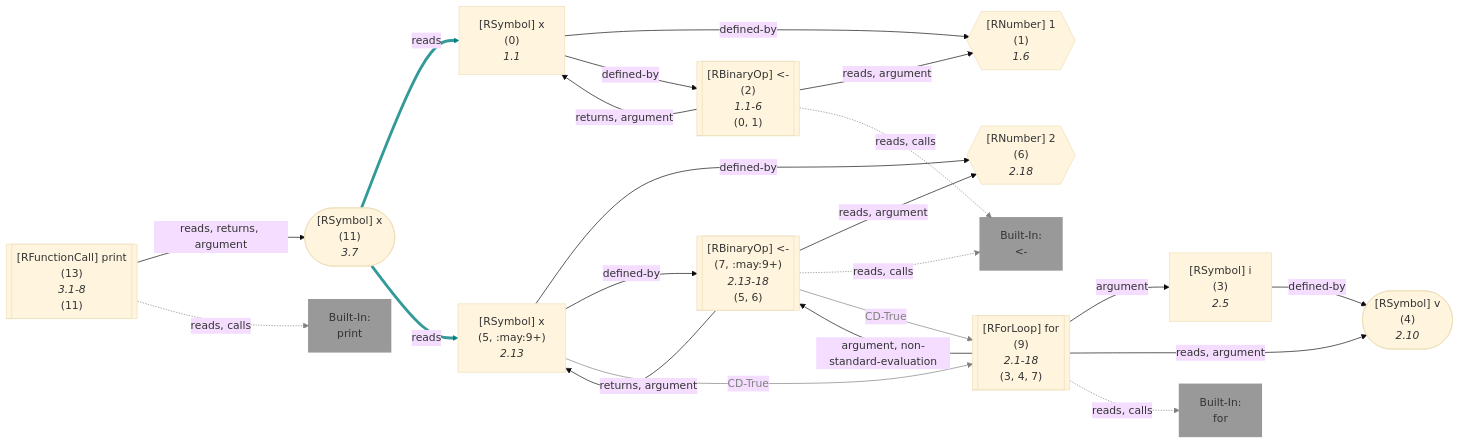
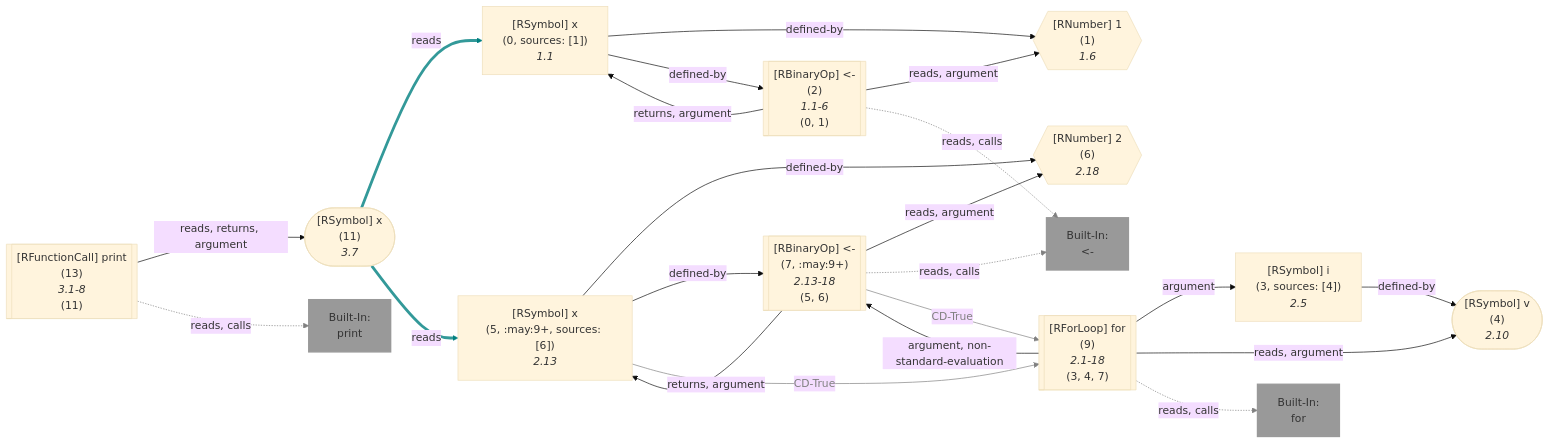
Before and after one commit to flowr-analysis/flowr: diagram 14 of 58 in wiki/Dataflow Graph.md, drawn with Mermaid (base theme). The commit also changed other lines of this file and 90 other files, not shown here.

````diff
--- a/wiki/Dataflow Graph.md
+++ b/wiki/Dataflow Graph.md
@@ -1060,81 +1061,81 @@
 ```mermaid
 flowchart LR
     1{{"`#91;RNumber#93; 1
       (1)
       *1.6*`"}}
    %% No edges found for 1
     0["`#91;RSymbol#93; x
-      (0)
+      (0, sources: [1])
       *1.1*`"]
     2[["`#91;RBinaryOp#93; #60;#45;
       (2)
       *1.1-6*
     (0, 1)`"]]
     built-in:_-["`Built-In:
 #60;#45;`"]
     style built-in:_- stroke:gray,fill:gray,stroke-width:2px,opacity:.8;
     3["`#91;RSymbol#93; i
-      (3)
+      (3, sources: [4])
       *2.5*`"]
     4(["`#91;RSymbol#93; v
       (4)
       *2.10*`"])
    %% No edges found for 4
     6{{"`#91;RNumber#93; 2
       (6)
       *2.18*`"}}
    %% No edges found for 6
     5["`#91;RSymbol#93; x
-      (5, :may:9+)
+      (5, :may:9+, sources: [6])
       *2.13*`"]
     7[["`#91;RBinaryOp#93; #60;#45;
       (7, :may:9+)
       *2.13-18*
     (5, 6)`"]]
     9[["`#91;RForLoop#93; for
       (9)
       *2.1-18*
     (3, 4, 7)`"]]
     built-in:for["`Built-In:
 for`"]
     style built-in:for stroke:gray,fill:gray,stroke-width:2px,opacity:.8;
     11(["`#91;RSymbol#93; x
       (11)
       *3.7*`"])
     13[["`#91;RFunctionCall#93; print
       (13)
       *3.1-8*
     (11)`"]]
     built-in:print["`Built-In:
 print`"]
     style built-in:print stroke:gray,fill:gray,stroke-width:2px,opacity:.8;
     0 -->|"defined-by"| 1
     0 -->|"defined-by"| 2
     2 -->|"reads, argument"| 1
     2 -->|"returns, argument"| 0
     2 -.->|"reads, calls"| built-in:_-
     linkStyle 4 stroke:gray;
     3 -->|"defined-by"| 4
     5 -->|"defined-by"| 6
     5 -->|"defined-by"| 7
     5 -->|"CD-True"| 9
     linkStyle 8 stroke:gray,color:gray;
     7 -->|"reads, argument"| 6
     7 -->|"returns, argument"| 5
     7 -.->|"reads, calls"| built-in:_-
     linkStyle 11 stroke:gray;
     7 -->|"CD-True"| 9
     linkStyle 12 stroke:gray,color:gray;
     9 -->|"argument"| 3
     9 -->|"reads, argument"| 4
     9 -->|"argument, non-standard-evaluation"| 7
     9 -.->|"reads, calls"| built-in:for
     linkStyle 16 stroke:gray;
     11 -->|"reads"| 0
     linkStyle 17 stroke:teal,stroke-width:4.2px,stroke-opacity:.8
     11 -->|"reads"| 5
     linkStyle 18 stroke:teal,stroke-width:4.2px,stroke-opacity:.8
     13 -->|"reads, returns, argument"| 11
     13 -.->|"reads, calls"| built-in:print
     linkStyle 20 stroke:gray;
 ```
````
